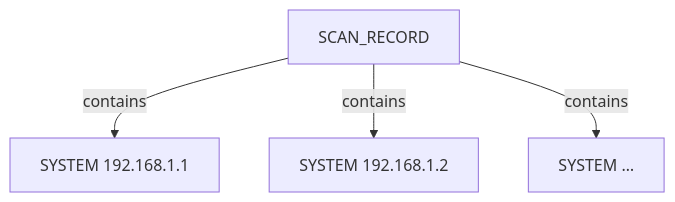
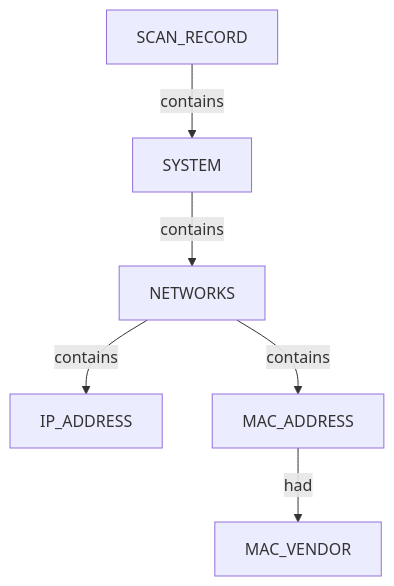
One commit to brettforbes/spiderfeet changed the third of 3 diagrams in .docs/docs-for-cli-tools/nugget_structure/netdiscover_nugget_graph_structure.md. Above: the diagram before and after it, drawn with Mermaid. The commit also changed other lines of this file and 56 other files, not shown here.

````diff
--- a/.docs/docs-for-cli-tools/nugget_structure/netdiscover_nugget_graph_structure.md
+++ b/.docs/docs-for-cli-tools/nugget_structure/netdiscover_nugget_graph_structure.md
@@ -77,10 +55,14 @@
 ```mermaid
 flowchart TD
-  scan["SCAN_RECORD"]
-  s1["SYSTEM 192.168.1.1"]
-  s2["SYSTEM 192.168.1.2"]
-  sN["SYSTEM …"]
-  scan -->|contains| s1
-  scan -->|contains| s2
-  scan -->|contains| sN
+  scan_record_1["SCAN_RECORD"]
+  system_2["SYSTEM"]
+  networks_3["NETWORKS"]
+  ip_address_4["IP_ADDRESS"]
+  mac_address_5["MAC_ADDRESS"]
+  mac_vendor_6["MAC_VENDOR"]
+  scan_record_1 -->|contains| system_2
+  system_2 -->|contains| networks_3
+  networks_3 -->|contains| ip_address_4
+  networks_3 -->|contains| mac_address_5
+  mac_address_5 -->|had| mac_vendor_6
 ```
````
